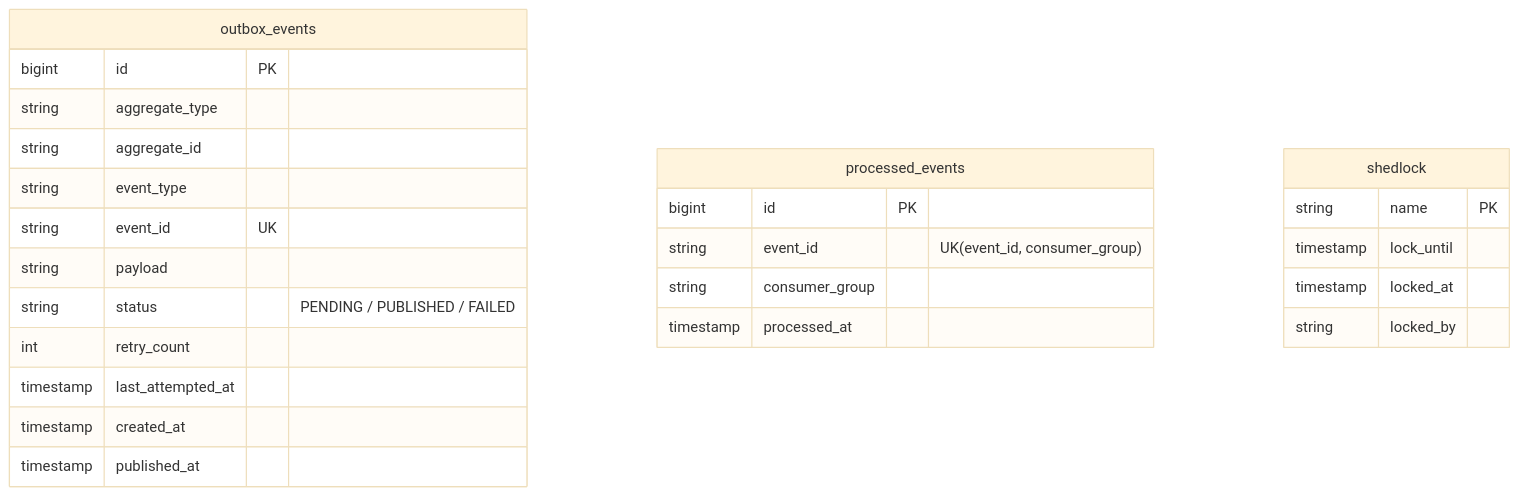
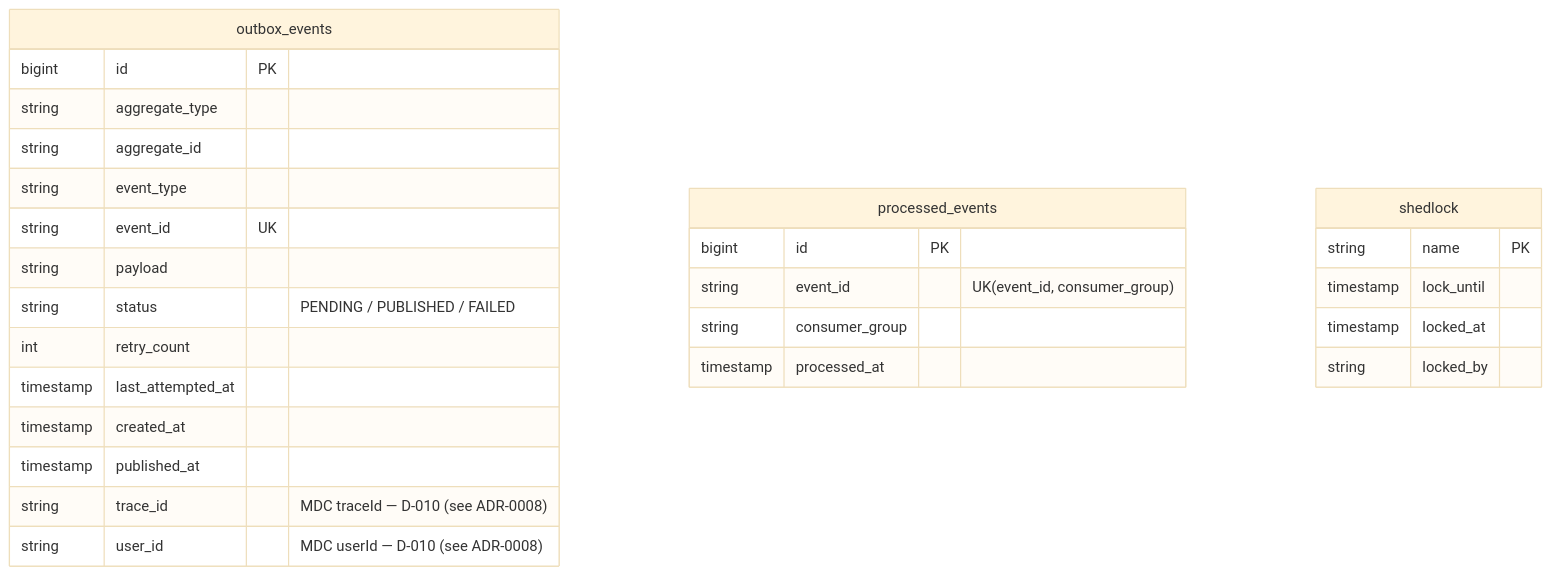
Before and after one commit to Kimgyuilli/PeakCart: the second of 7 diagrams in docs/05-data-design.md, drawn with Mermaid (base theme). The commit also changed other lines of this file and 4 other files, not shown here.

````diff
--- a/docs/05-data-design.md
+++ b/docs/05-data-design.md
@@ -139,28 +139,30 @@
 ```mermaid
 erDiagram
   outbox_events {
     bigint id PK
     string aggregate_type
     string aggregate_id
     string event_type
     string event_id UK
     string payload
     string status "PENDING / PUBLISHED / FAILED"
     int retry_count
     timestamp last_attempted_at
     timestamp created_at
     timestamp published_at
+    string trace_id "MDC traceId — D-010 (see ADR-0008)"
+    string user_id "MDC userId — D-010 (see ADR-0008)"
   }
   processed_events {
     bigint id PK
     string event_id "UK(event_id, consumer_group)"
     string consumer_group
     timestamp processed_at
   }
   shedlock {
     string name PK
     timestamp lock_until
     timestamp locked_at
     string locked_by
   }
 ```
````
